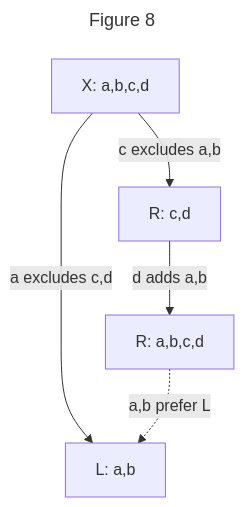
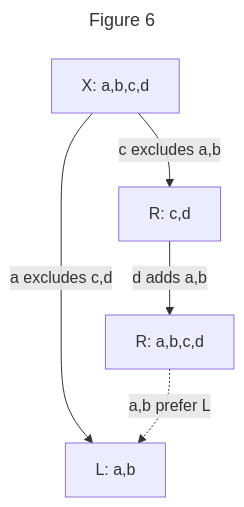
The sixth of 9 diagrams in README.md (ssbc/ssb-group-exclusion-spec), drawn with Mermaid before and after one commit. The commit also changed other lines of this file, not shown here.

````diff
--- a/README.md
+++ b/README.md
@@ -336,11 +344,11 @@
 ```mermaid
 ---
-title: Figure 8
+title: Figure 6
 ---
 graph TB;
   zero[X: a,b,c,d]
   zero--"a excludes c,d"-->L[L: a,b]
   zero--"c excludes a,b"-->R[R: c,d]
   R--"d adds a,b"-->R2[R: a,b,c,d]
   R2-. a,b prefer L .->L
 ```
````
